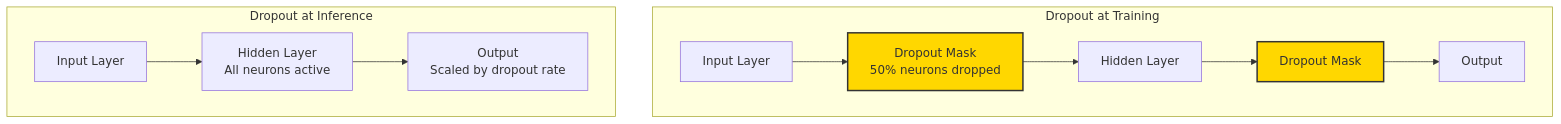
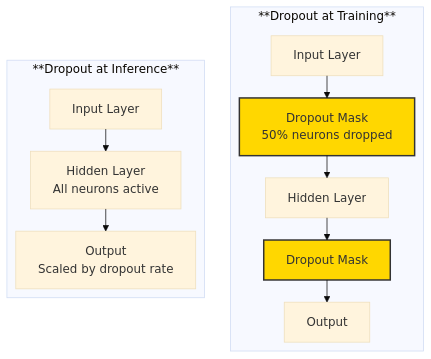
One commit to Vineet-Sharma-Medium-Stories/Medium-Build-Tool changed the second of 2 diagrams in The 2026 AI Metromap/The 2026 AI Metromap: Batch Norm & Dropout – The Safety Systems of Deep Learning.md. Above: the diagram before and after it, drawn with Mermaid. The commit also changed other lines of this file and 37 other files, not shown here.

````diff
--- a/The 2026 AI Metromap/The 2026 AI Metromap: Batch Norm & Dropout – The Safety Systems of Deep Learning.md
+++ b/The 2026 AI Metromap/The 2026 AI Metromap: Batch Norm & Dropout – The Safety Systems of Deep Learning.md
@@ -431,17 +436,22 @@
 ```mermaid
+---
+config:
+  theme: base
+  layout: elk
+---
 graph TD
-    subgraph "Dropout at Training"
+    subgraph "**Dropout at Training**"
         I[Input Layer] --> D1[Dropout Mask<br/>50% neurons dropped]
         D1 --> H1[Hidden Layer]
         H1 --> D2[Dropout Mask]
         D2 --> O[Output]
     end
     
-    subgraph "Dropout at Inference"
+    subgraph "**Dropout at Inference**"
         I2[Input Layer] --> H2[Hidden Layer<br/>All neurons active]
         H2 --> O2[Output<br/>Scaled by dropout rate]
     end
     
     style D1 fill:#ffd700,stroke:#333,stroke-width:2px
     style D2 fill:#ffd700,stroke:#333,stroke-width:2px
 ```
````
